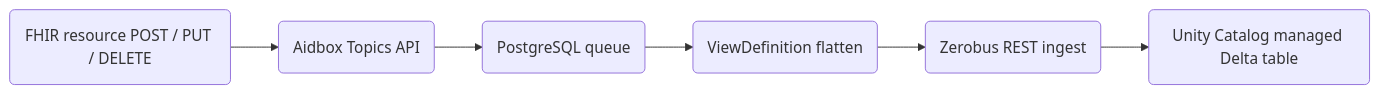
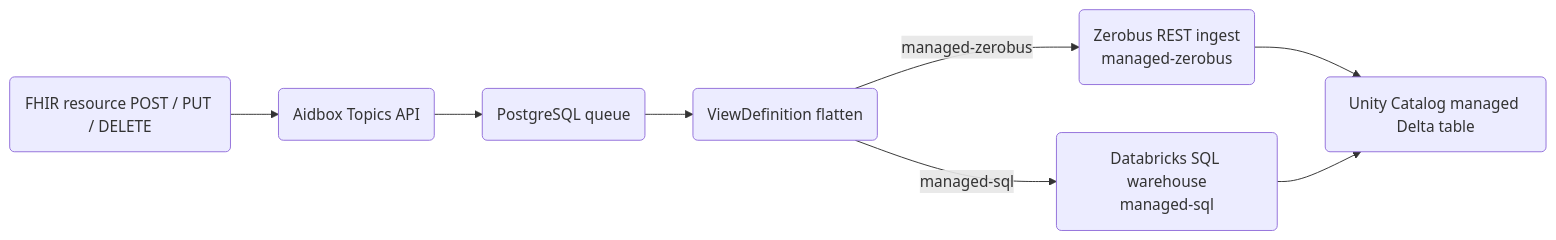
Before and after one commit to HealthSamurai/aidbox-docs: the second of 2 diagrams in docs/tutorials/subscriptions-tutorials/data-lakehouse-aidboxtopicdestination.md, drawn with Mermaid. The commit also changed other lines of this file, not shown here.

````diff
--- a/docs/tutorials/subscriptions-tutorials/data-lakehouse-aidboxtopicdestination.md
+++ b/docs/tutorials/subscriptions-tutorials/data-lakehouse-aidboxtopicdestination.md
@@ -109,11 +105,14 @@
 ```mermaid
 graph LR
     A(FHIR resource POST / PUT / DELETE):::blue2
     B(Aidbox Topics API):::blue2
     C(PostgreSQL queue):::neutral2
     D(ViewDefinition flatten):::yellow2
-    Z(Zerobus REST ingest):::green2
-    T0(Unity Catalog managed Delta table):::violet2
+    Z(Zerobus REST ingest<br/>managed-zerobus):::green2
+    M(Databricks SQL warehouse<br/>managed-sql):::green2
+    T(Unity Catalog managed Delta table):::violet2
 
-    A --> B --> C --> D --> Z --> T0
+    A --> B --> C --> D
+    D -- managed-zerobus --> Z --> T
+    D -- managed-sql --> M --> T
 ```
````
